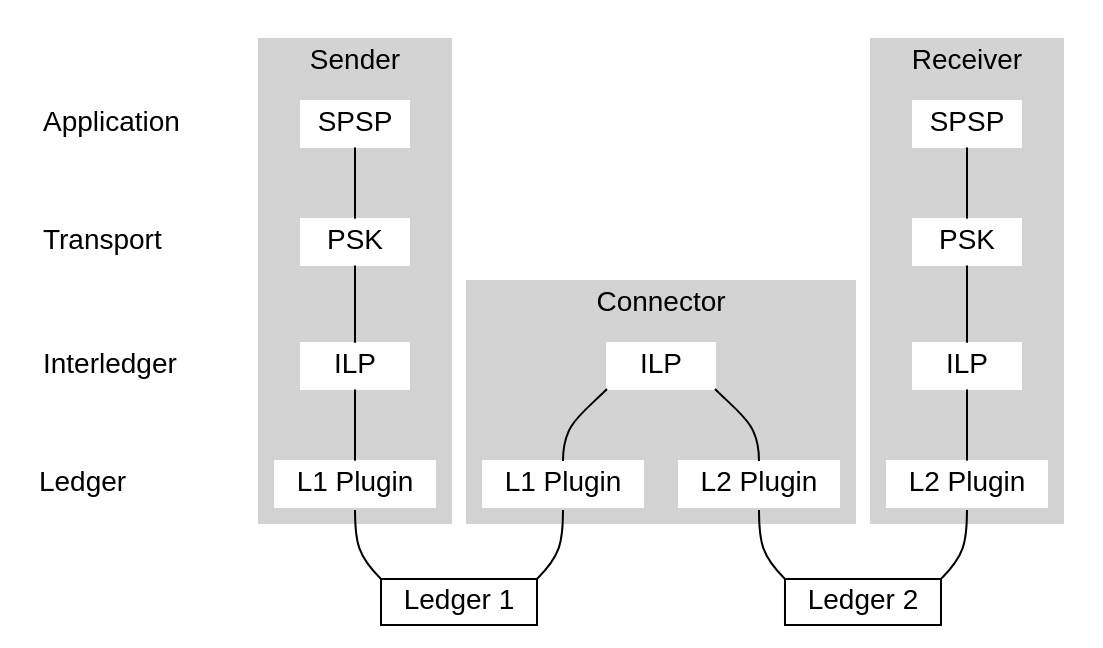
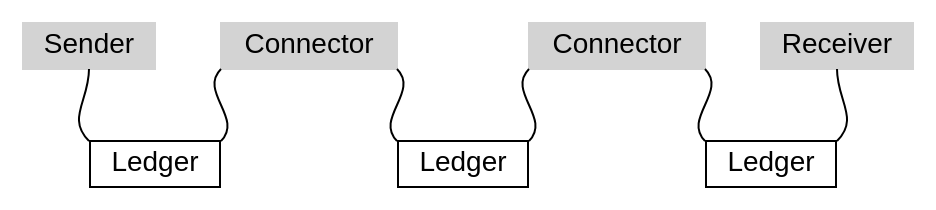
One commit to interledger/rfcs changed the diagram in shared/graphs/interledger-model.dot. Above: the diagram before and after it, drawn with Graphviz. The commit also changed 6 other files, not shown here.

Commit message:
docs(graphs): add model, old model -> protocol suite

```diff
--- a/shared/graphs/interledger-model.dot
+++ b/shared/graphs/interledger-model.dot
@@ -1,62 +1,24 @@
 graph G {
   node [shape = box,height=.1,fontname = "helvetica"];
   newrank=true;
 
-  app [label="Application\l" shape="plaintext" width=1.5]
-  transport [label="Transport\l" shape="plaintext" width=1.5]
-  interledger [label="Interledger\l" shape="plaintext" width=1.5]
-  ledger [label="Ledger\l" shape="plaintext" width=1.5]
+  s [shape=box style=filled color=lightgrey label="Sender"];
+  r [shape=box style=filled color=lightgrey label="Receiver"];
 
-  subgraph cluster_0 {
-    style=filled;
-    color=lightgrey;
-    node [style=filled,color=white];
-    app1 [label=SPSP];
-    tr1 [label=PSK];
-    im1 [label="ILP"];
-    lli1 [label="L1 Plugin"];
-    app1 -- tr1 -- im1 -- lli1;
-    label = "Sender";
-    fontname = "helvetica";
-  }
+  c1 [shape=box style=filled color=lightgrey label="Connector"];
+  c2 [shape=box style=filled color=lightgrey label="Connector"];
 
-  subgraph cluster_1 {
-    style=filled;
-    color=lightgrey;
-    node [style=filled,color=white];
-    im2 [label="ILP"];
-    lli2[label="L1 Plugin"];
-    lli3 [label="L2 Plugin"];
-    im2:sw -- lli2:n;
-    im2:se -- lli3:n;
-    label = "Connector";
-    fontname = "helvetica";
-  }
+  l1 [shape=box label="Ledger"];
+  l2 [shape=box label="Ledger"];
+  l3 [shape=box label="Ledger"];
 
-  subgraph cluster_2 {
-    style=filled;
-    color=lightgrey;
-    node [style=filled,color=white];
-    app2 [label=SPSP];
-    tr2 [label=PSK];
-    im3 [label="ILP"];
-    lli4 [label="L2 Plugin"];
-    app2 -- tr2 -- im3 -- lli4;
-    label = "Receiver";
-    fontname = "helvetica";
-  }
+  s:s -- l1:nw;
+  c1:sw -- l1:ne;
+  c1:se -- l2:nw;
+  c2:sw -- l2:ne;
+  c2:se -- l3:nw;
+  r:s -- l3:ne;
 
-  lli1:s -- l1:nw;
-  lli2:s -- l1:ne;
-  lli3:s -- l2:nw;
-  lli4:s -- l2:ne;
-
-  l1 [shape=box label="Ledger 1"];
-  l2 [shape=box label="Ledger 2"];
-
-  { rank=same; app app1 app2 }
-  { rank=same; transport tr1 tr2 }
-  { rank=same; interledger im1 im2 im3 }
-  { rank=same; ledger lli1 lli2 lli3 lli4 }
-  { rank=same; l1 l2 }
+  { rank=same; s c1 c2 r }
+  { rank=same; l1 l2 l3 }
 }
```
